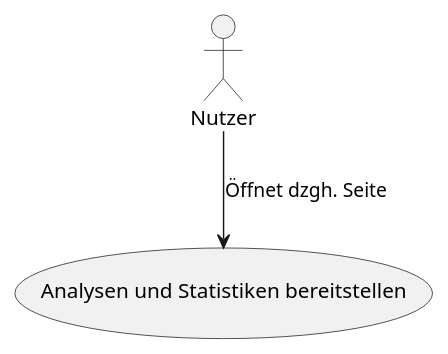
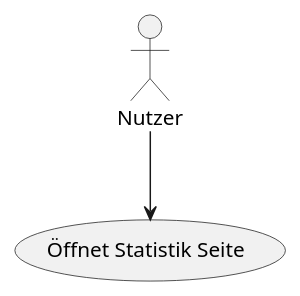
One commit to SoftwareEngineeringOne/wiki changed diagram 19 of 20 in wiki/topics/Inkremente/00/Anforderungsanalyse.md. Above: the diagram before and after it, drawn with PlantUML. The commit also changed other lines of this file, not shown here.

````diff
--- a/wiki/topics/Inkremente/00/Anforderungsanalyse.md
+++ b/wiki/topics/Inkremente/00/Anforderungsanalyse.md
@@ -627,6 +571,6 @@
 ```plantuml
 @startuml
-"Analysen und Statistiken bereitstellen" as (Use)
-:Nutzer: --> (Use): Öffnet dzgh. Seite
+"Öffnet Statistik Seite" as (Use)
+:Nutzer: --> (Use)
 @enduml
 ```
````
